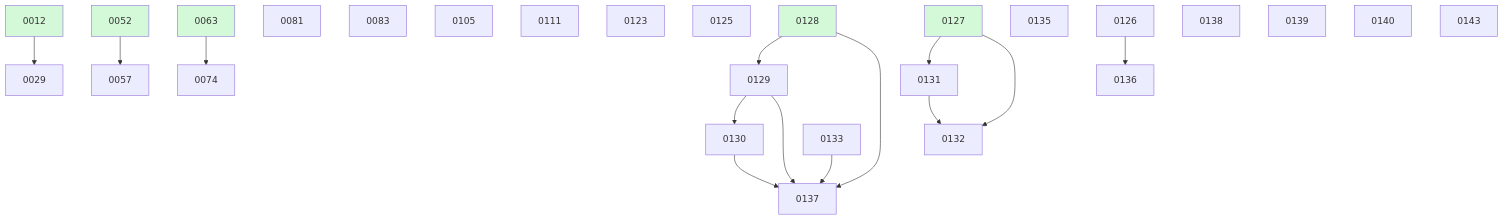
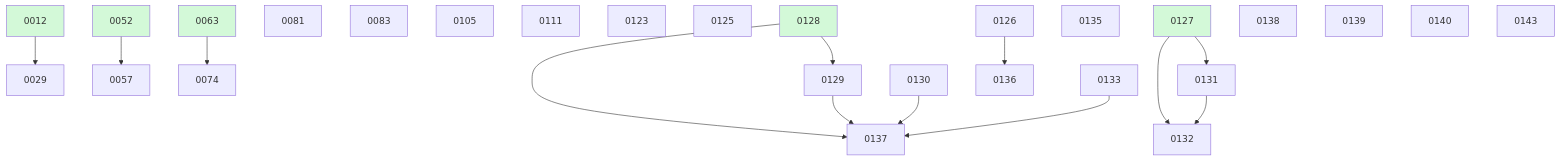
Before and after one commit to ethanhinson/fuse: the diagram in docs/changes/BOARD.md, drawn with Mermaid. The commit also changed other lines of this file and 2 other files, not shown here.

````diff
--- a/docs/changes/BOARD.md
+++ b/docs/changes/BOARD.md
@@ -46,34 +45,33 @@
 ```mermaid
 graph TD
   0012 --> 0029
   0052 --> 0057
   0063 --> 0074
   0081
   0083
   0105
   0111
   0123
   0125
   0128 --> 0129
-  0129 --> 0130
   0127 --> 0131
   0127 --> 0132
   0131 --> 0132
   0133
   0135
   0126 --> 0136
   0128 --> 0137
   0129 --> 0137
   0130 --> 0137
   0133 --> 0137
   0138
   0139
   0140
   0143
   0012:::done
   0052:::done
   0063:::done
   0127:::done
   0128:::done
   classDef done fill:#d3f9d8;
 ```
````
